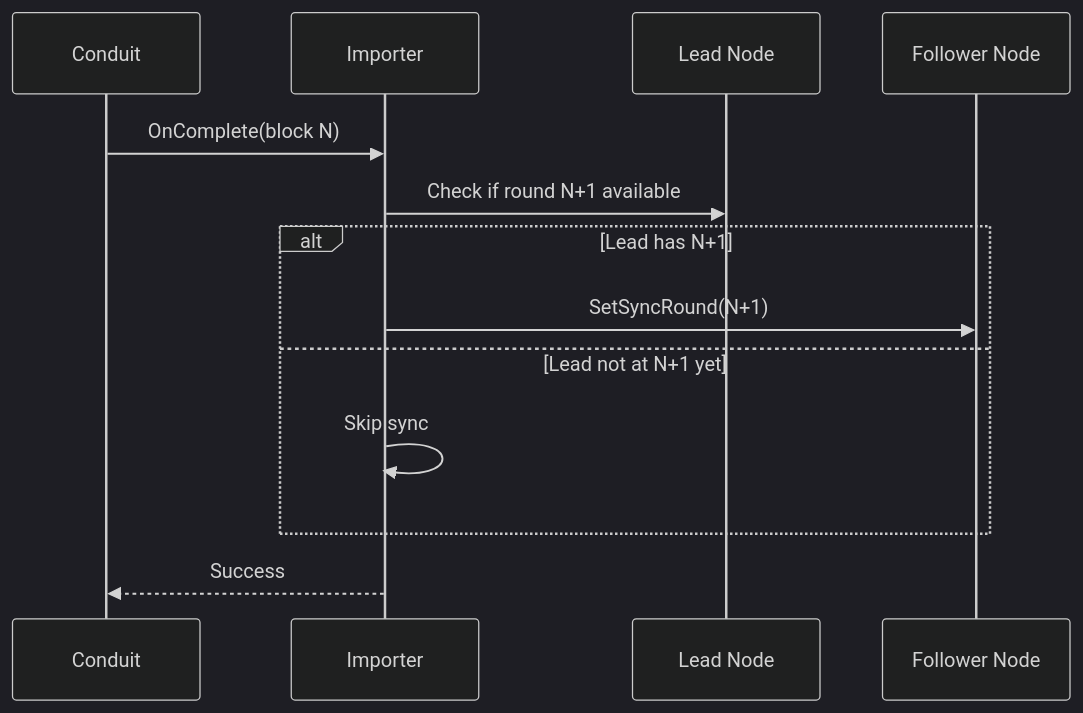
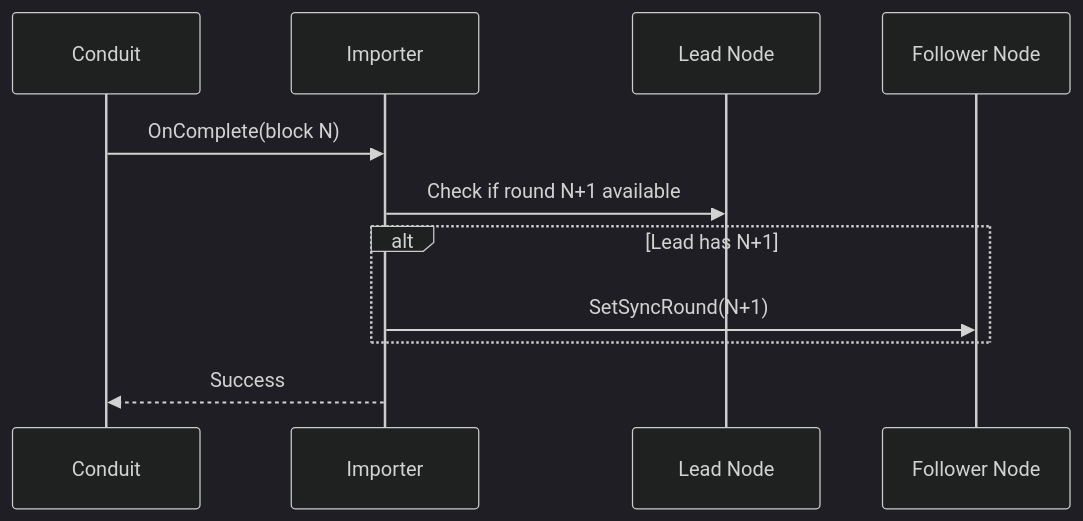
One commit to algorandfoundation/algokit-conduit-localnet-importer changed the second of 2 diagrams in README.md. Above: the diagram before and after it, drawn with Mermaid (dark theme). The commit also changed other lines of this file, not shown here.

First line of the commit message:
nit: fixing sequence diagram

````diff
--- a/README.md
+++ b/README.md
@@ -36,16 +36,14 @@
 ```mermaid
 sequenceDiagram
     participant C as Conduit
     participant I as Importer
     participant L as Lead Node
     participant F as Follower Node
 
     C->>I: OnComplete(block N)
     I->>L: Check if round N+1 available
     alt Lead has N+1
         I->>F: SetSyncRound(N+1)
-    else Lead not at N+1 yet
-        I->>I: Skip sync
     end
     I-->>C: Success
 ```
````
